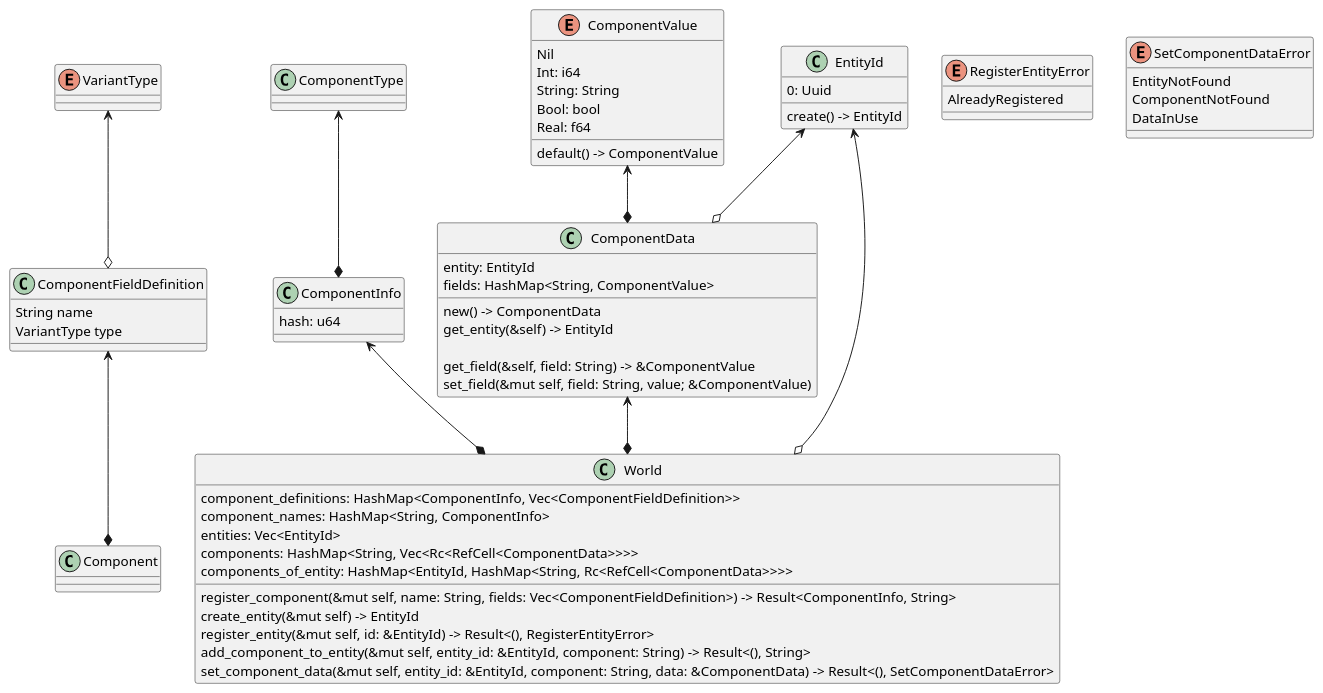
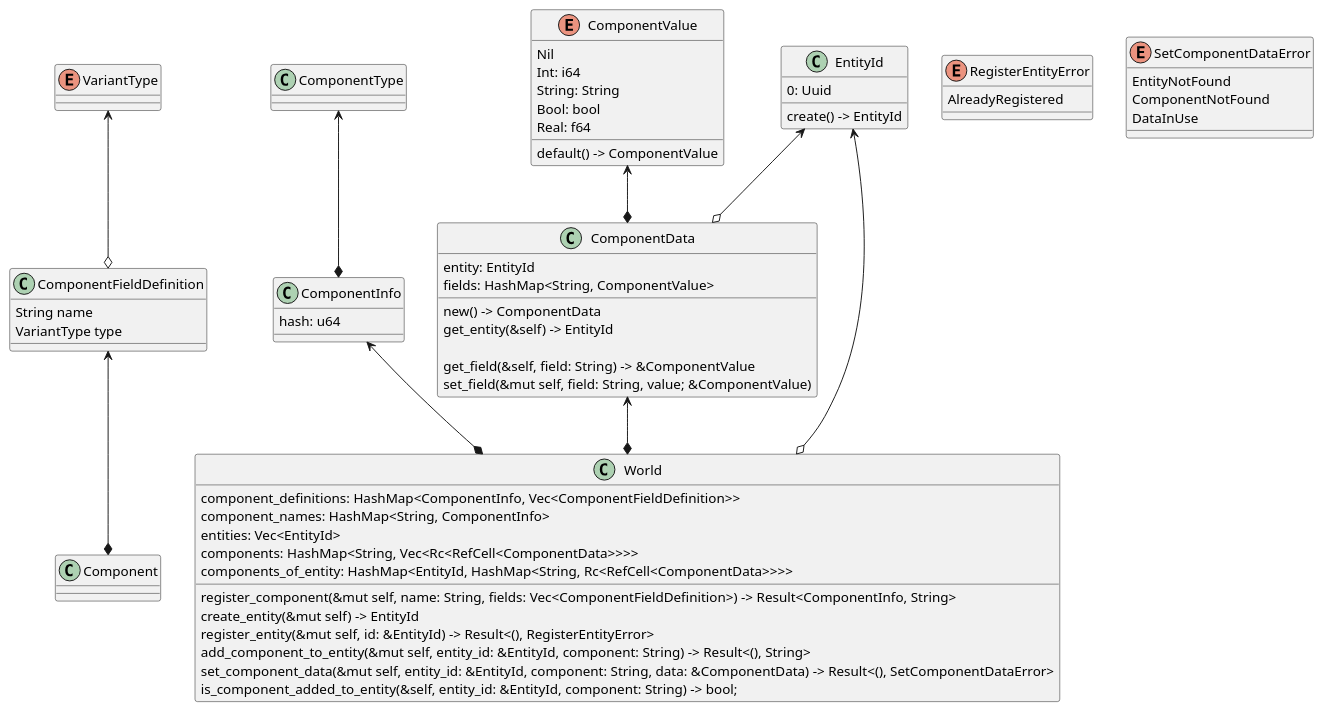
Before and after one commit to Beliar83/godot-component-system: the diagram in model/ClassDiagram.puml, drawn with PlantUML. The commit also changed 3 other files, not shown here.

Commit message:
Add is_component_added_to_entity to ECSWorld

```diff
--- a/model/ClassDiagram.puml
+++ b/model/ClassDiagram.puml
@@ -1,75 +1,76 @@
 @startuml
 'https://plantuml.com/class-diagram
 
 VariantType <--o ComponentFieldDefinition
 ComponentFieldDefinition <--* Component
 ComponentType <--* ComponentInfo
 ComponentInfo <--* World
 ComponentValue <--* ComponentData
 ComponentData <--* World
 EntityId <--o ComponentData
 EntityId <--o World
 
 enum VariantType
 
 class ComponentFieldDefinition {
     String name
     VariantType type
 }
 
 class ComponentInfo {
     hash: u64
 }
 
 class ComponentData {
     entity: EntityId
     fields: HashMap<String, ComponentValue>
 
     new() -> ComponentData
     get_entity(&self) -> EntityId
 
     get_field(&self, field: String) -> &ComponentValue
     set_field(&mut self, field: String, value; &ComponentValue)
 }
 
 enum ComponentValue {
     Nil
     Int: i64
     String: String
     Bool: bool
     Real: f64
 
     default() -> ComponentValue
 }
 
 class EntityId {
     0: Uuid
 
     create() -> EntityId
 }
 
 enum RegisterEntityError {
     AlreadyRegistered
 }
 
 enum SetComponentDataError {
     EntityNotFound
     ComponentNotFound
     DataInUse
 }
 
 class World {
     component_definitions: HashMap<ComponentInfo, Vec<ComponentFieldDefinition>>
     component_names: HashMap<String, ComponentInfo>
     entities: Vec<EntityId>
     components: HashMap<String, Vec<Rc<RefCell<ComponentData>>>>
     components_of_entity: HashMap<EntityId, HashMap<String, Rc<RefCell<ComponentData>>>>
 
     register_component(&mut self, name: String, fields: Vec<ComponentFieldDefinition>) -> Result<ComponentInfo, String>
     create_entity(&mut self) -> EntityId
     register_entity(&mut self, id: &EntityId) -> Result<(), RegisterEntityError>
     add_component_to_entity(&mut self, entity_id: &EntityId, component: String) -> Result<(), String>
     set_component_data(&mut self, entity_id: &EntityId, component: String, data: &ComponentData) -> Result<(), SetComponentDataError>
+    is_component_added_to_entity(&self, entity_id: &EntityId, component: String) -> bool;
 }
 
 @enduml
```
